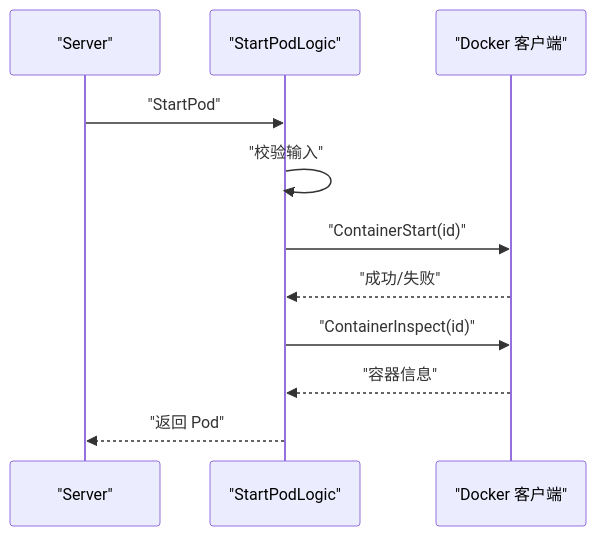
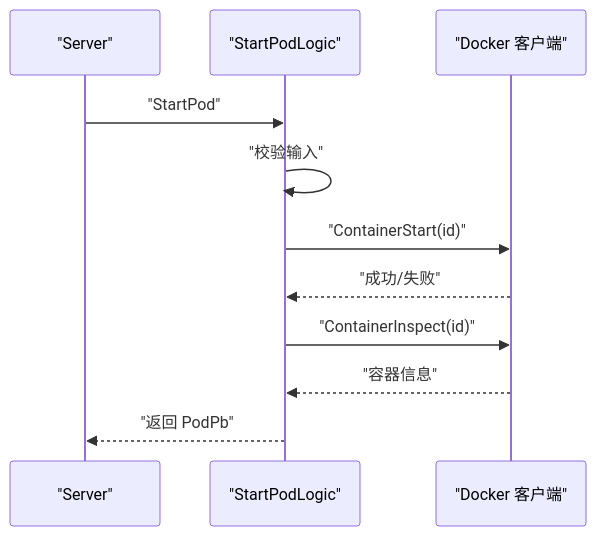
The fifth of 7 diagrams in .qoder/repowiki/zh/content/系统架构设计/微服务拆分设计/业务域服务/容器引擎服务.md (maomao94/zero-service), drawn with Mermaid before and after one commit. The commit also changed other lines of this file and 15 other files, not shown here.

````diff
--- a/.qoder/repowiki/zh/content/系统架构设计/微服务拆分设计/业务域服务/容器引擎服务.md
+++ b/.qoder/repowiki/zh/content/系统架构设计/微服务拆分设计/业务域服务/容器引擎服务.md
@@ -308,13 +355,13 @@
 ```mermaid
 sequenceDiagram
 participant S as "Server"
 participant L as "StartPodLogic"
 participant D as "Docker 客户端"
 S->>L : "StartPod"
 L->>L : "校验输入"
 L->>D : "ContainerStart(id)"
 D-->>L : "成功/失败"
 L->>D : "ContainerInspect(id)"
 D-->>L : "容器信息"
-L-->>S : "返回 Pod"
+L-->>S : "返回 PodPb"
 ```
````
